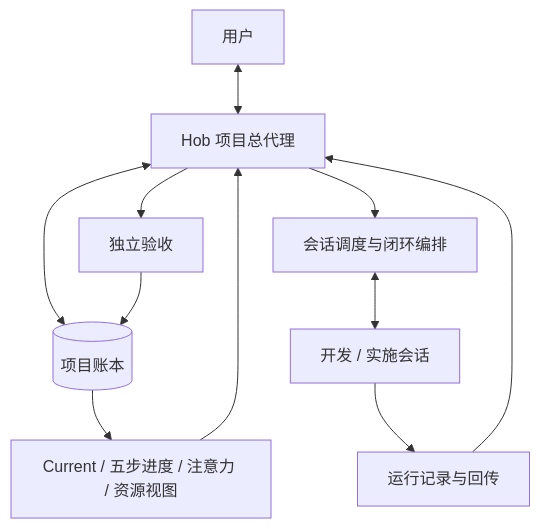
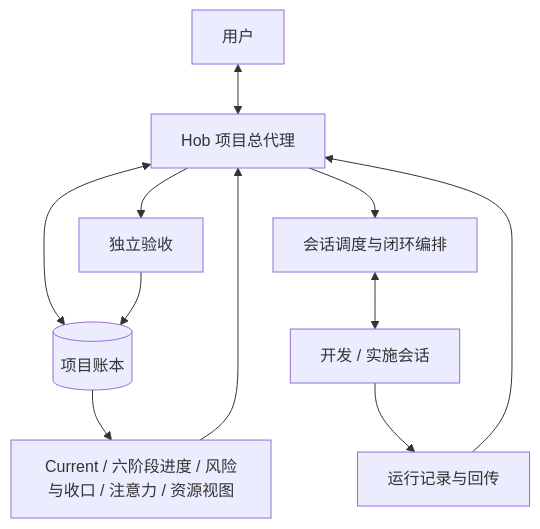
The first of 2 diagrams in kit/drafts/architecture-overview.md (Fishsb/DSH-HOB), drawn with Mermaid before and after one commit. The commit also changed other lines of this file and 71 other files, not shown here.

````diff
--- a/kit/drafts/architecture-overview.md
+++ b/kit/drafts/architecture-overview.md
@@ -9,13 +9,13 @@
 ```mermaid
 flowchart TB
   User[用户] <--> Hob[Hob 项目总代理]
   Hob <--> Ledger[(项目账本)]
   Hob --> Dispatch[会话调度与闭环编排]
   Dispatch <--> Dev[开发 / 实施会话]
   Dev --> Result[运行记录与回传]
   Result --> Hob
   Hob --> Acceptance[独立验收]
   Acceptance --> Ledger
-  Ledger --> Views[Current / 五步进度 / 注意力 / 资源视图]
+  Ledger --> Views[Current / 六阶段进度 / 风险与收口 / 注意力 / 资源视图]
   Views --> Hob
 ```
````
